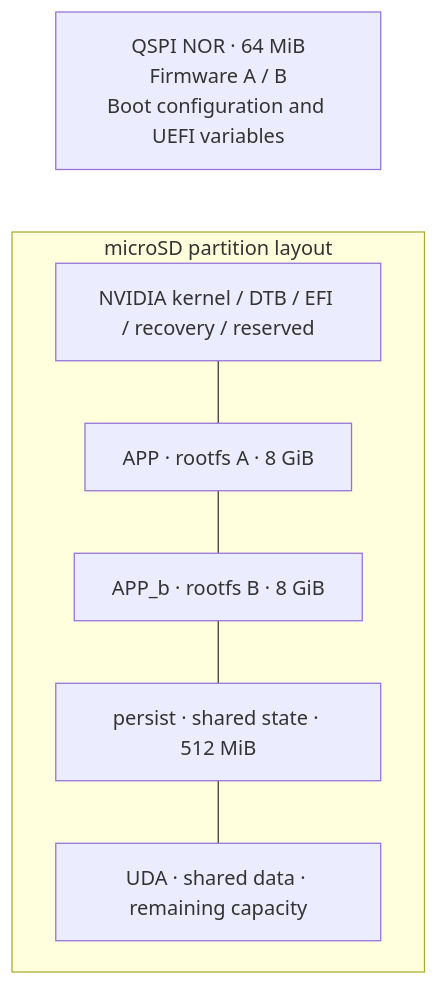
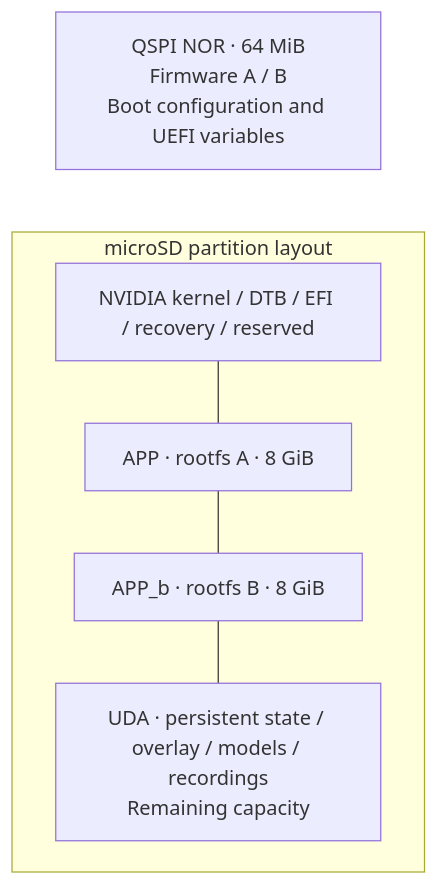
One commit to Swamy-BV/meta-axiom changed the diagram in README.md. Above: the diagram before and after it, drawn with Mermaid. The commit also changed 4 other files, not shown here.

````diff
--- a/README.md
+++ b/README.md
@@ -7,13 +7,12 @@
 ```mermaid
 flowchart TB
     Q["QSPI NOR · 64 MiB<br/>Firmware A / B<br/>Boot configuration and UEFI variables"]
     subgraph SD["microSD partition layout"]
         BOOT["NVIDIA kernel / DTB / EFI / recovery / reserved"]
         A["APP · rootfs A · 8 GiB"]
         B["APP_b · rootfs B · 8 GiB"]
-        P["persist · shared state · 512 MiB"]
-        D["UDA · shared data · remaining capacity"]
-        BOOT --- A --- B --- P --- D
+        D["UDA · persistent state / overlay / models / recordings<br/>Remaining capacity"]
+        BOOT --- A --- B --- D
     end
     Q ~~~ BOOT
 ```
````
